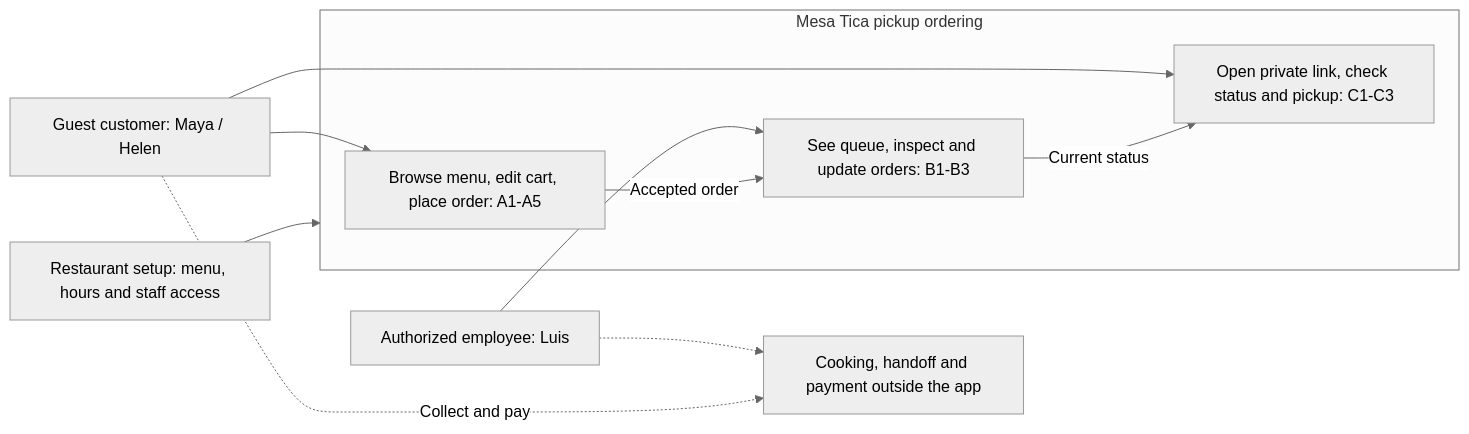
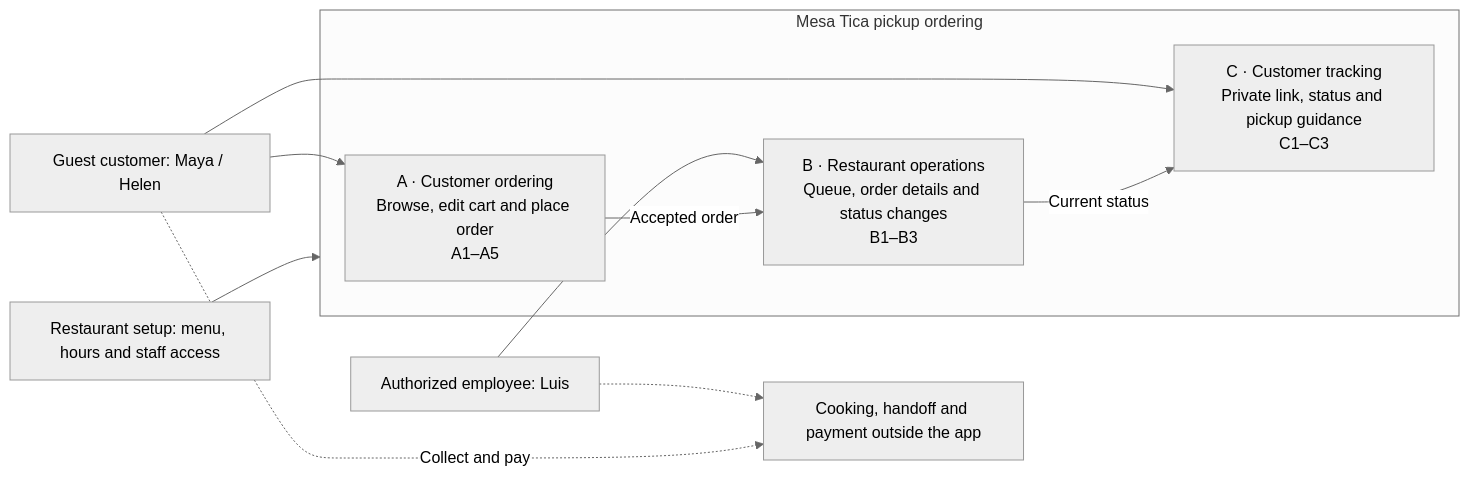
One commit to axantillon/mesa-tica changed the diagram in design/diagrams/01-context.mmd. Above: the diagram before and after it, drawn with Mermaid (neutral theme). The commit also changed 10 other files, not shown here.

Commit message:
Refine shared product design diagrams

```diff
--- a/design/diagrams/01-context.mmd
+++ b/design/diagrams/01-context.mmd
@@ -1,18 +1,18 @@
 flowchart LR
     Customer["Guest customer: Maya / Helen"]
     Staff["Authorized employee: Luis"]
     Setup["Restaurant setup: menu, hours and staff access"]
     Physical["Cooking, handoff and payment outside the app"]
     subgraph Product["Mesa Tica pickup ordering"]
-        Ordering["Browse menu, edit cart, place order: A1-A5"]
-        Operations["See queue, inspect and update orders: B1-B3"]
-        Tracking["Open private link, check status and pickup: C1-C3"]
+        Ordering["A · Customer ordering<br/>Browse, edit cart and place order<br/>A1–A5"]
+        Operations["B · Restaurant operations<br/>Queue, order details and status changes<br/>B1–B3"]
+        Tracking["C · Customer tracking<br/>Private link, status and pickup guidance<br/>C1–C3"]
     end
     Customer --> Ordering
     Customer --> Tracking
     Staff --> Operations
     Setup --> Product
     Ordering -->|"Accepted order"| Operations
     Operations -->|"Current status"| Tracking
     Staff -.-> Physical
     Customer -.->|"Collect and pay"| Physical
```
